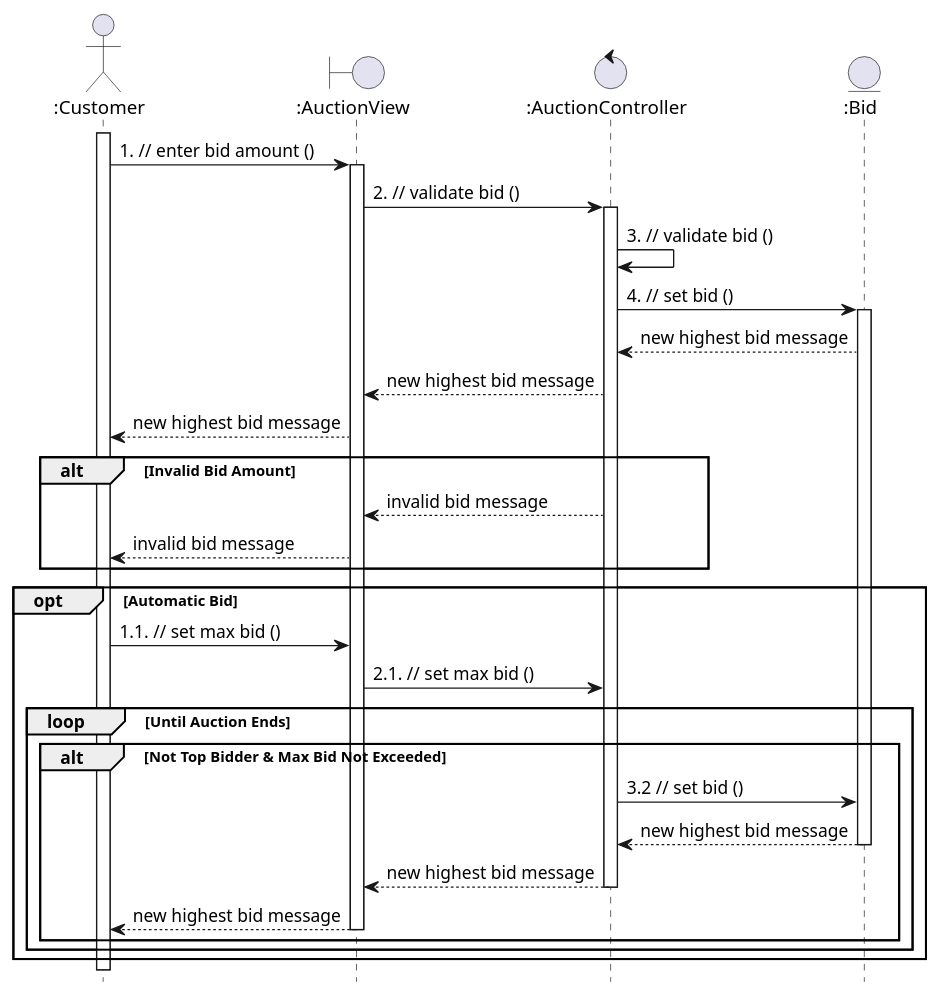
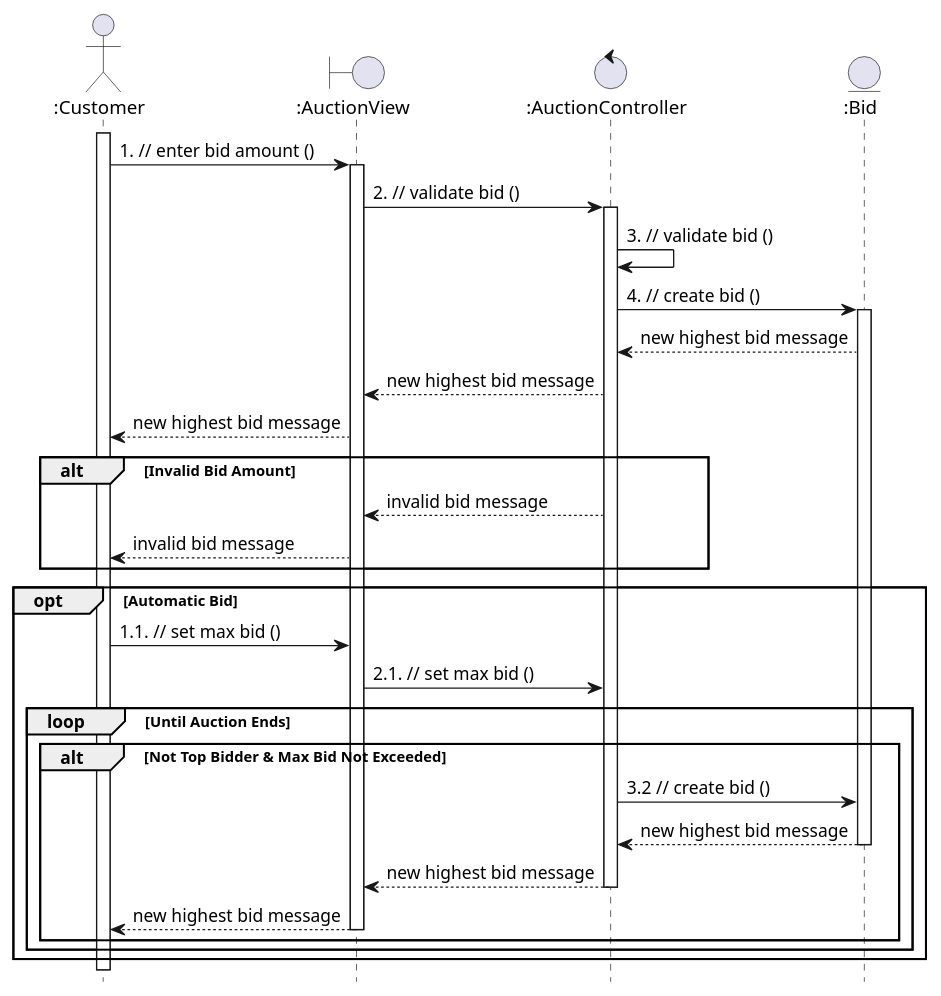
The diagram in uml/analysis/sequence/place_bid.pu (anhbanlinhle/velocity-exchange), drawn with PlantUML before and after one commit.

Commit message:
doc[lynn]: set -> create bid

```diff
--- a/uml/analysis/sequence/place_bid.pu
+++ b/uml/analysis/sequence/place_bid.pu
@@ -1,43 +1,43 @@
 @startuml
 hide footbox
 
 
 actor ":Customer" as Customer
 boundary ":AuctionView" as AuctionView
 control ":AuctionController" as AuctionController
 entity ":Bid" as Bid
 Customer ++
   Customer -> AuctionView : 1. // enter bid amount ()
   activate AuctionView
     AuctionView -> AuctionController : 2. // validate bid ()
     activate AuctionController
       AuctionController -> AuctionController : 3. // validate bid ()
-      AuctionController -> Bid : 4. // set bid ()
+      AuctionController -> Bid : 4. // create bid ()
       activate Bid
         Bid --> AuctionController : new highest bid message
 
       AuctionController --> AuctionView : new highest bid message
     AuctionView --> Customer : new highest bid message
 
 alt Invalid Bid Amount
   AuctionController --> AuctionView : invalid bid message
     AuctionView --> Customer : invalid bid message
 end
 
 opt Automatic Bid
     Customer -> AuctionView : 1.1. // set max bid ()
       AuctionView -> AuctionController : 2.1. // set max bid ()
     loop Until Auction Ends
       alt Not Top Bidder & Max Bid Not Exceeded
-        AuctionController -> Bid : 3.2 // set bid ()
+        AuctionController -> Bid : 3.2 // create bid ()
           Bid --> AuctionController : new highest bid message
         deactivate Bid
           AuctionController --> AuctionView : new highest bid message
         deactivate AuctionController
           AuctionView --> Customer : new highest bid message
         deactivate AuctionView
       end
     end
 end
 
 @enduml
```
